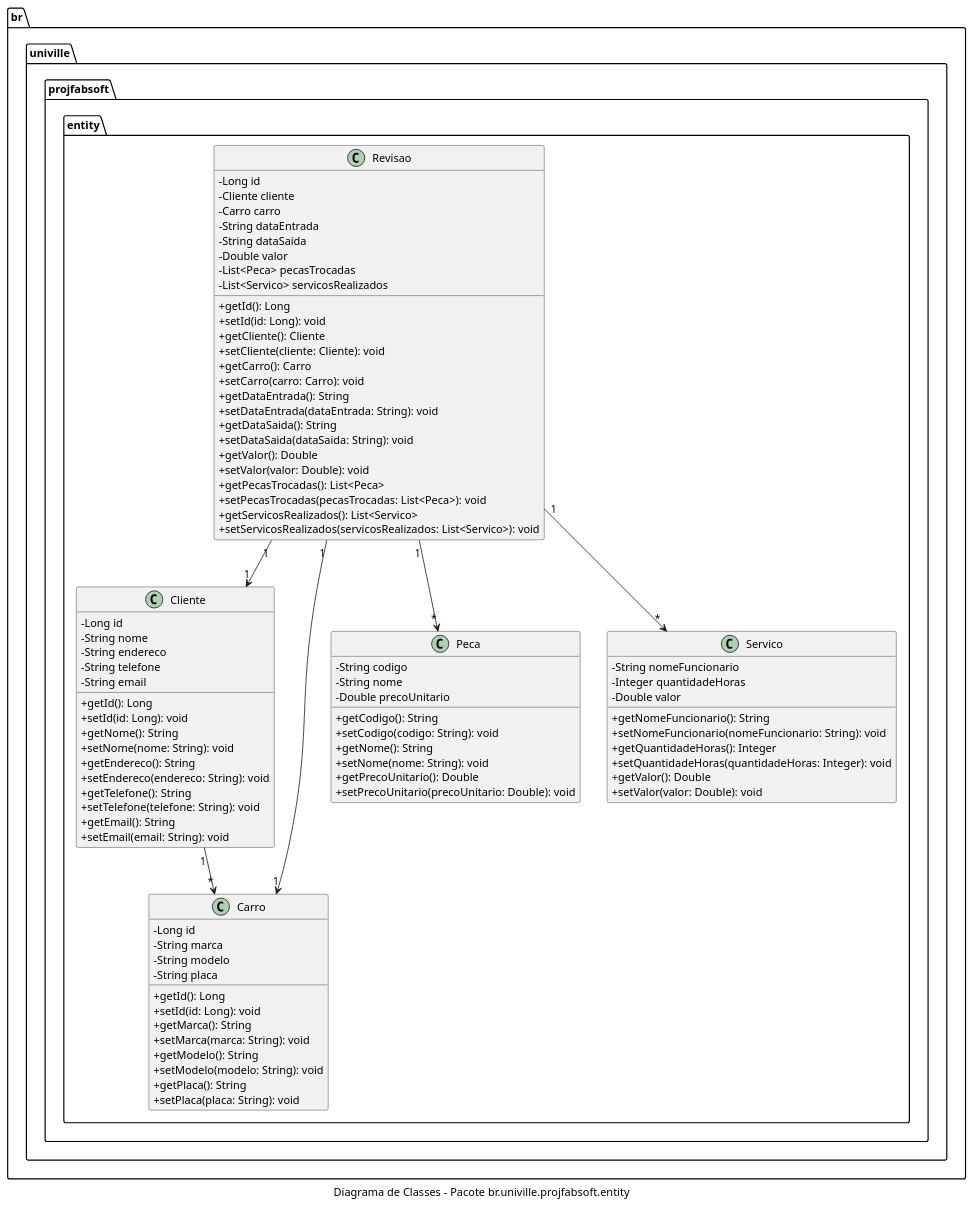
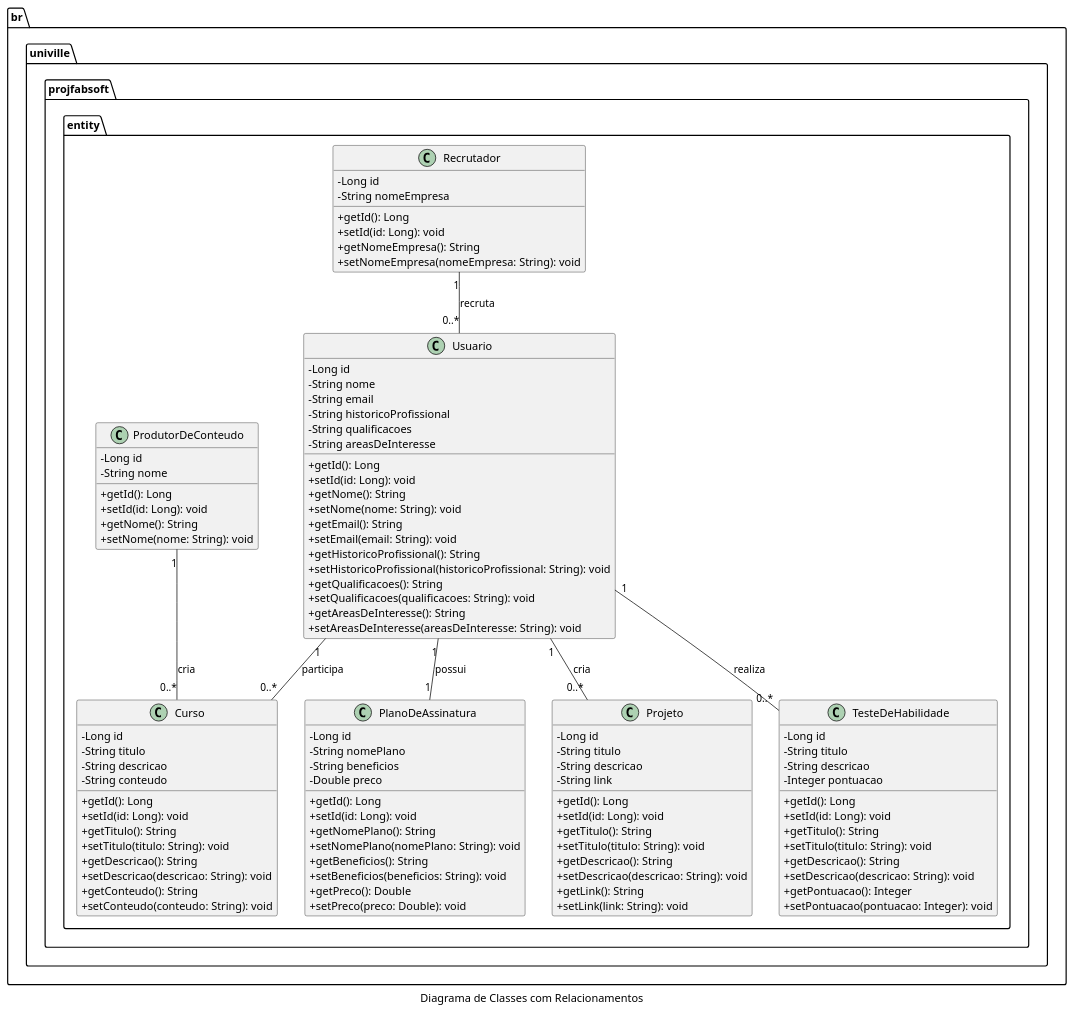
One commit to xavierrreu/fabsoftb_artur changed the diagram in diagramas/classes_projfabsoft.puml. Above: the diagram before and after it, drawn with PlantUML. The commit also changed 45 other files, not shown here.

```diff
--- a/diagramas/classes_projfabsoft.puml
+++ b/diagramas/classes_projfabsoft.puml
@@ -1,101 +1,119 @@
-@startuml
+@startuml DiagramaDeClasses
 skinparam classAttributeIconSize 0
-caption Diagrama de Classes - Pacote br.univille.projfabsoft.entity
+caption Diagrama de Classes com Relacionamentos
 
 package br.univille.projfabsoft.entity {
-    class Cliente {
+    class Usuario {
         - Long id
         - String nome
-        - String endereco
-        - String telefone
         - String email
+        - String historicoProfissional
+        - String qualificacoes
+        - String areasDeInteresse
 
         + getId(): Long
         + setId(id: Long): void
         + getNome(): String
         + setNome(nome: String): void
-        + getEndereco(): String
-        + setEndereco(endereco: String): void
-        + getTelefone(): String
-        + setTelefone(telefone: String): void
         + getEmail(): String
         + setEmail(email: String): void
+        + getHistoricoProfissional(): String
+        + setHistoricoProfissional(historicoProfissional: String): void
+        + getQualificacoes(): String
+        + setQualificacoes(qualificacoes: String): void
+        + getAreasDeInteresse(): String
+        + setAreasDeInteresse(areasDeInteresse: String): void
     }
 
-    class Carro {
+    class Recrutador {
         - Long id
-        - String marca
-        - String modelo
-        - String placa
+        - String nomeEmpresa
 
         + getId(): Long
         + setId(id: Long): void
-        + getMarca(): String
-        + setMarca(marca: String): void
-        + getModelo(): String
-        + setModelo(modelo: String): void
-        + getPlaca(): String
-        + setPlaca(placa: String): void
+        + getNomeEmpresa(): String
+        + setNomeEmpresa(nomeEmpresa: String): void
     }
 
-    class Revisao {
+    class ProdutorDeConteudo {
         - Long id
-        - Cliente cliente
-        - Carro carro
-        - String dataEntrada
-        - String dataSaida
-        - Double valor
-        - List<Peca> pecasTrocadas
-        - List<Servico> servicosRealizados
+        - String nome
 
         + getId(): Long
         + setId(id: Long): void
-        + getCliente(): Cliente
-        + setCliente(cliente: Cliente): void
-        + getCarro(): Carro
-        + setCarro(carro: Carro): void
-        + getDataEntrada(): String
-        + setDataEntrada(dataEntrada: String): void
-        + getDataSaida(): String
-        + setDataSaida(dataSaida: String): void
-        + getValor(): Double
-        + setValor(valor: Double): void
-        + getPecasTrocadas(): List<Peca>
-        + setPecasTrocadas(pecasTrocadas: List<Peca>): void
-        + getServicosRealizados(): List<Servico>
-        + setServicosRealizados(servicosRealizados: List<Servico>): void
+        + getNome(): String
+        + setNome(nome: String): void
     }
 
-    class Peca {
-        - String codigo
-        - String nome
-        - Double precoUnitario
+    class Curso {
+        - Long id
+        - String titulo
+        - String descricao
+        - String conteudo
 
-        + getCodigo(): String
-        + setCodigo(codigo: String): void
-        + getNome(): String
-        + setNome(nome: String): void
-        + getPrecoUnitario(): Double
-        + setPrecoUnitario(precoUnitario: Double): void
+        + getId(): Long
+        + setId(id: Long): void
+        + getTitulo(): String
+        + setTitulo(titulo: String): void
+        + getDescricao(): String
+        + setDescricao(descricao: String): void
+        + getConteudo(): String
+        + setConteudo(conteudo: String): void
     }
 
-    class Servico {
-        - String nomeFuncionario
-        - Integer quantidadeHoras
-        - Double valor
+    class PlanoDeAssinatura {
+        - Long id
+        - String nomePlano
+        - String beneficios
+        - Double preco
 
-        + getNomeFuncionario(): String
-        + setNomeFuncionario(nomeFuncionario: String): void
-        + getQuantidadeHoras(): Integer
-        + setQuantidadeHoras(quantidadeHoras: Integer): void
-        + getValor(): Double
-        + setValor(valor: Double): void
+        + getId(): Long
+        + setId(id: Long): void
+        + getNomePlano(): String
+        + setNomePlano(nomePlano: String): void
+        + getBeneficios(): String
+        + setBeneficios(beneficios: String): void
+        + getPreco(): Double
+        + setPreco(preco: Double): void
     }
 
-    Cliente "1" --> "*" Carro
-    Revisao "1" --> "1" Cliente
-    Revisao "1" --> "1" Carro
-    Revisao "1" --> "*" Peca
-    Revisao "1" --> "*" Servico
+    class Projeto {
+        - Long id
+        - String titulo
+        - String descricao
+        - String link
+
+        + getId(): Long
+        + setId(id: Long): void
+        + getTitulo(): String
+        + setTitulo(titulo: String): void
+        + getDescricao(): String
+        + setDescricao(descricao: String): void
+        + getLink(): String
+        + setLink(link: String): void
+    }
+
+    class TesteDeHabilidade {
+        - Long id
+        - String titulo
+        - String descricao
+        - Integer pontuacao
+
+        + getId(): Long
+        + setId(id: Long): void
+        + getTitulo(): String
+        + setTitulo(titulo: String): void
+        + getDescricao(): String
+        + setDescricao(descricao: String): void
+        + getPontuacao(): Integer
+        + setPontuacao(pontuacao: Integer): void
+    }
+
+    Usuario "1" -- "0..*" Projeto : cria
+    Usuario "1" -- "0..*" TesteDeHabilidade : realiza
+    Usuario "1" -- "0..*" Curso : participa
+    Recrutador "1" -- "0..*" Usuario : recruta
+    ProdutorDeConteudo "1" -- "0..*" Curso : cria
+    Usuario "1" -- "1" PlanoDeAssinatura : possui
 }
 @enduml
```
